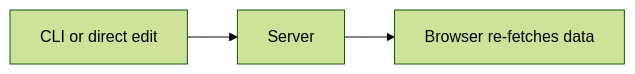
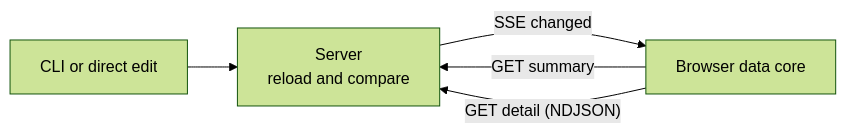
One commit to FooQoo/agent-board changed the second of 4 diagrams in docs/dev/concepts/overview.md. Above: the diagram before and after it, drawn with Mermaid (forest theme). The commit also changed other lines of this file and 17 other files, not shown here.

First line of the commit message:
docs: describe the Summary and Detail data flow in the English and Japanese pages

````diff
--- a/docs/dev/concepts/overview.md
+++ b/docs/dev/concepts/overview.md
@@ -28,5 +28,7 @@
 ```mermaid
 flowchart LR
-    Edit["CLI or direct edit"] --> Serve["Server"]
-    Serve --> Browser["Browser re-fetches data"]
+    Edit["CLI or direct edit"] --> Serve["Server<br/>reload and compare"]
+    Serve -->|"SSE changed"| Core["Browser data core"]
+    Core -->|"GET summary"| Serve
+    Core -->|"GET detail (NDJSON)"| Serve
 ```
````
